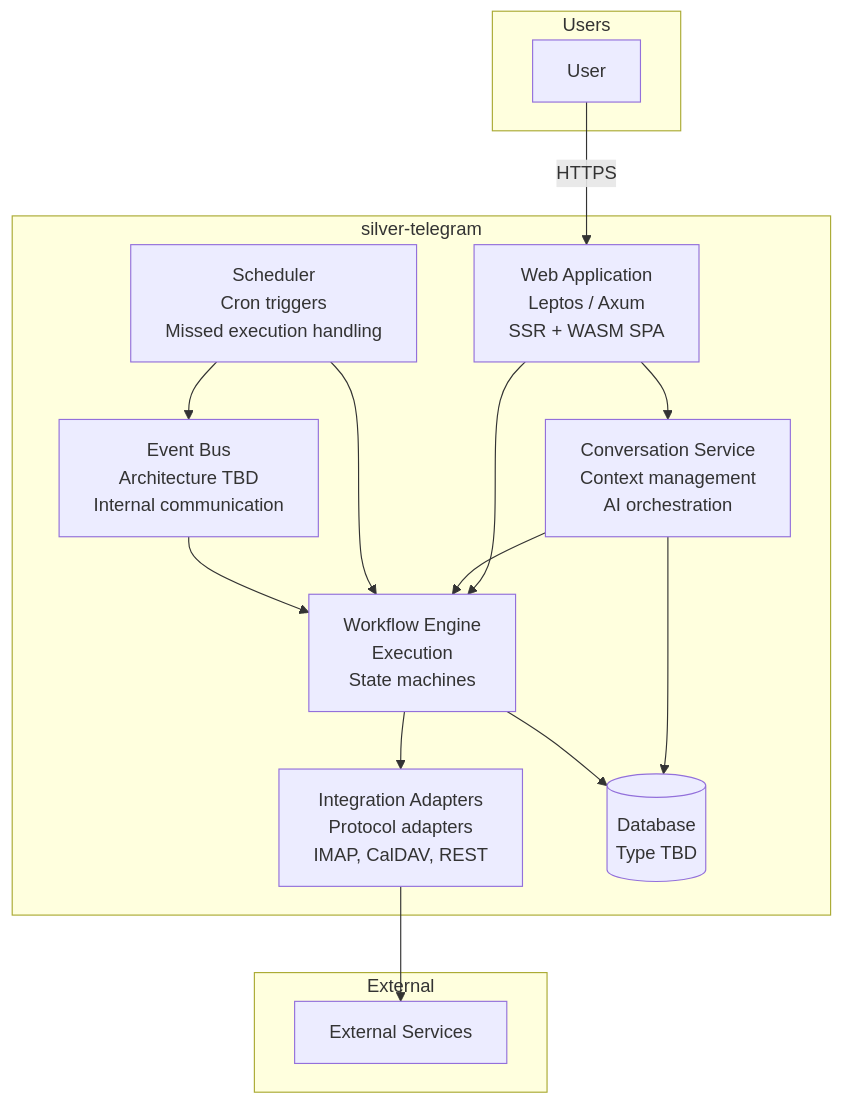
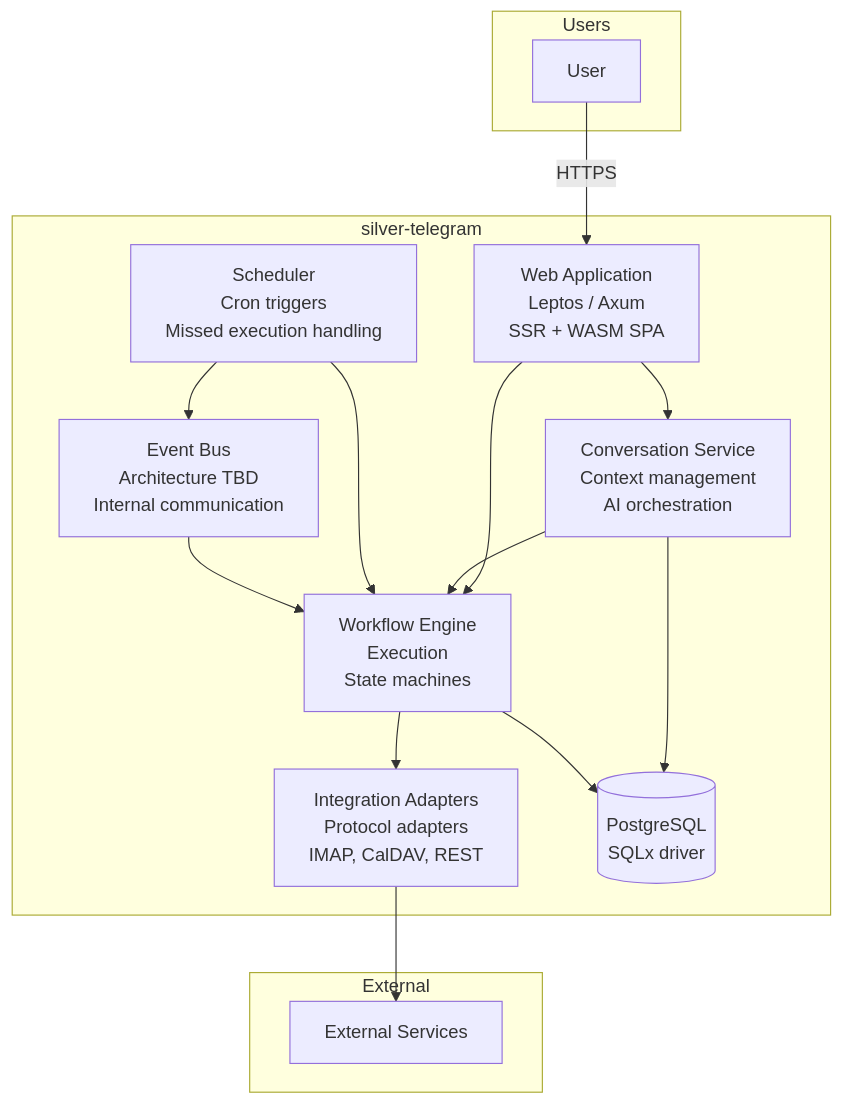
One commit to Technosorcery/silver-telegram changed the second of 7 diagrams in docs/architecture/ARCHITECTURE.md. Above: the diagram before and after it, drawn with Mermaid. The commit also changed other lines of this file and 1 other file, not shown here.

First line of the commit message:
ADR-001: Select PostgreSQL as primary database

````diff
--- a/docs/architecture/ARCHITECTURE.md
+++ b/docs/architecture/ARCHITECTURE.md
@@ -112,38 +112,38 @@
 ```mermaid
 flowchart TB
     subgraph Users
         U[User]
     end
 
     subgraph silver-telegram
         WEB[Web Application<br/>Leptos / Axum<br/>SSR + WASM SPA]
 
         CONV[Conversation Service<br/>Context management<br/>AI orchestration]
 
         WF[Workflow Engine<br/>Execution<br/>State machines]
 
         INT[Integration Adapters<br/>Protocol adapters<br/>IMAP, CalDAV, REST]
 
         SCHED[Scheduler<br/>Cron triggers<br/>Missed execution handling]
 
-        DB[(Database<br/>Type TBD)]
+        DB[(PostgreSQL<br/>SQLx driver)]
 
         EVENTS[Event Bus<br/>Architecture TBD<br/>Internal communication]
     end
 
     subgraph External
         EXT[External Services]
     end
 
     U -->|HTTPS| WEB
     WEB --> CONV
     WEB --> WF
     CONV --> WF
     CONV --> DB
     WF --> INT
     WF --> DB
     SCHED --> WF
     SCHED --> EVENTS
     EVENTS --> WF
     INT --> EXT
 ```
````
